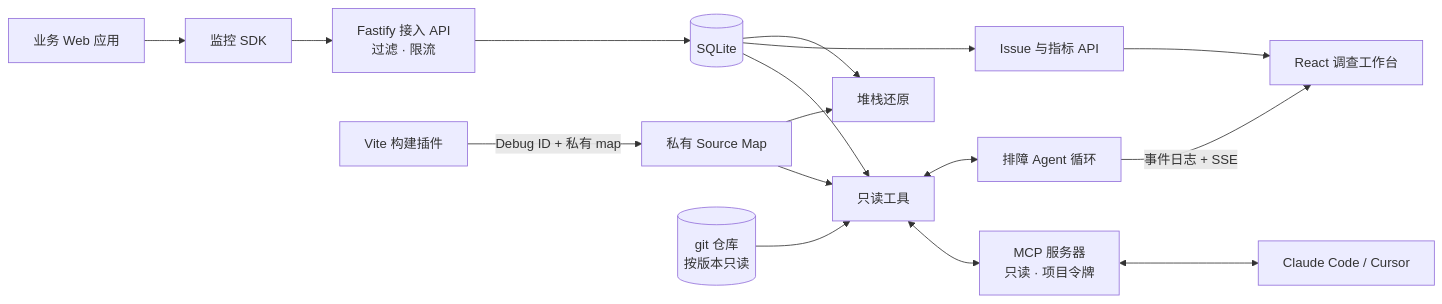
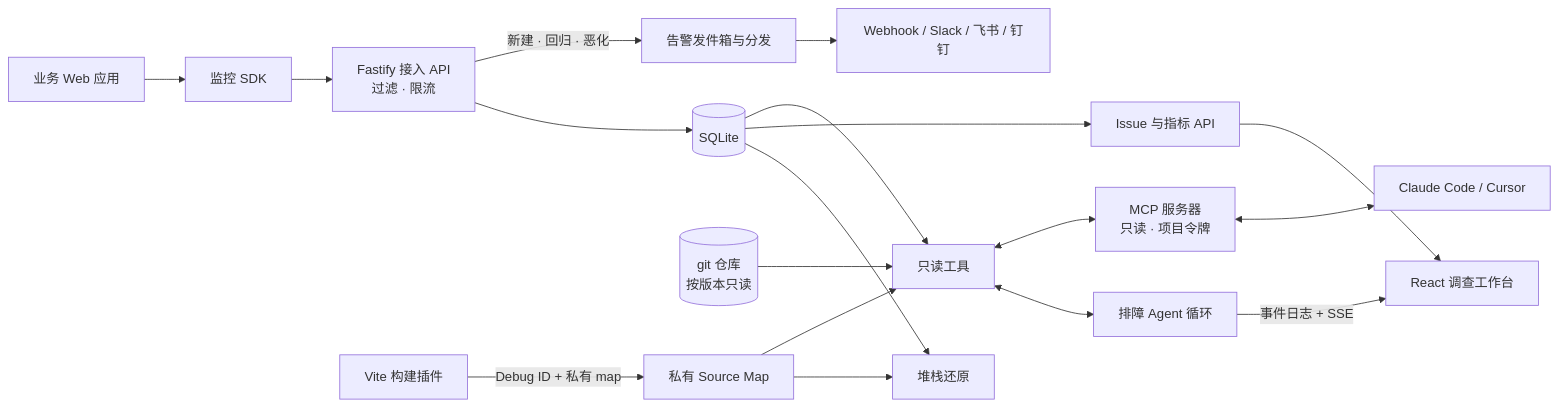
One commit to guiwzh/tracepilot changed the diagram in README.md. Above: the diagram before and after it, drawn with Mermaid. The commit also changed other lines of this file and 38 other files, not shown here.

First line of the commit message:
feat: Issue 生命周期与告警——回归、恶化检测、发件箱分发到 Webhook / Slack / 飞书 / 钉钉

````diff
--- a/README.md
+++ b/README.md
@@ -265,18 +265,20 @@
 ```mermaid
 flowchart LR
   App[业务 Web 应用] --> SDK[监控 SDK]
   SDK --> Ingest[Fastify 接入 API<br/>过滤 · 限流]
   Ingest --> DB[(SQLite)]
   Build[Vite 构建插件] -- Debug ID + 私有 map --> Maps[私有 Source Map]
   Maps --> Symbolicate[堆栈还原]
   DB --> Symbolicate
   DB --> Query[Issue 与指标 API]
   Query --> UI[React 调查工作台]
   DB --> Tools[只读工具]
   Repo[(git 仓库<br/>按版本只读)] --> Tools
   Maps --> Tools
   Tools <--> Agent[排障 Agent 循环]
   Agent -- 事件日志 + SSE --> UI
   Tools <--> MCP[MCP 服务器<br/>只读 · 项目令牌]
   MCP <--> Coder[Claude Code / Cursor]
+  Ingest -- 新建 · 回归 · 恶化 --> Alerts[告警发件箱与分发]
+  Alerts --> Chat[Webhook / Slack / 飞书 / 钉钉]
 ```
````
